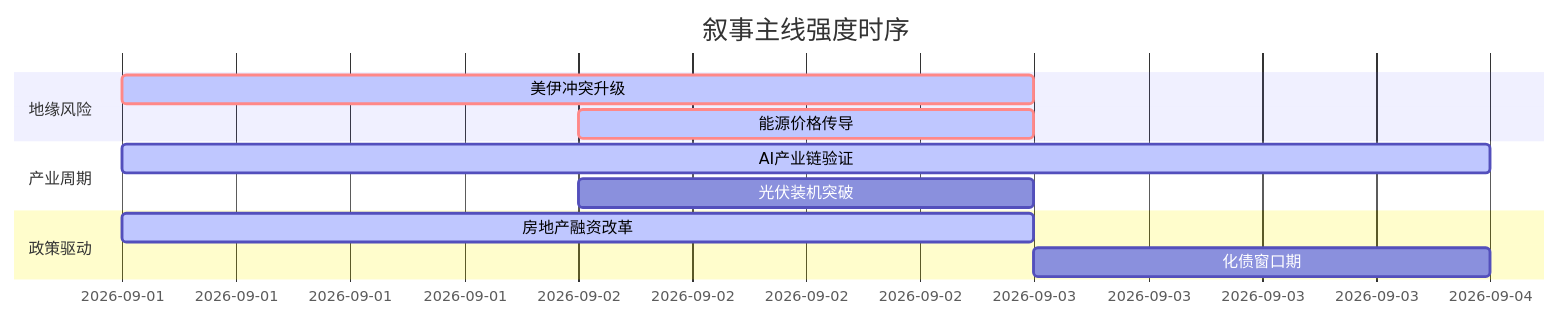
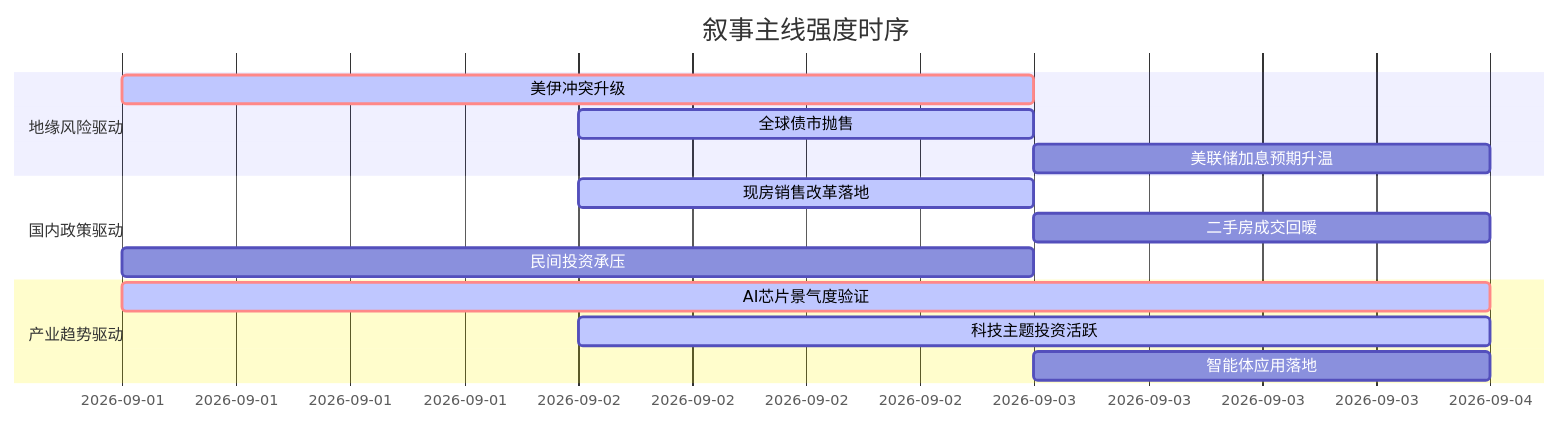
One commit to uu5zn/uu5zn.github.io changed the diagram in 5day_report.md. Above: the diagram before and after it, drawn with Mermaid. The commit also changed other lines of this file and 19 other files, not shown here.

````diff
--- a/5day_report.md
+++ b/5day_report.md
@@ -58,16 +58,19 @@
 ```mermaid
 gantt
     title 叙事主线强度时序
     dateFormat YYYY-MM-DD
-    section 地缘风险
-    美伊冲突升级   :crit, active, 2026-09-01, 2d
-    能源价格传导   :crit, active, 2026-09-02, 1d
+    section 地缘风险驱动
+    美伊冲突升级       :crit, active, 2026-09-01, 2d
+    全球债市抛售       :active, 2026-09-02, 1d
+    美联储加息预期升温 :2026-09-03, 1d
     
-    section 产业周期
-    AI产业链验证   :active, 2026-09-01, 3d
-    光伏装机突破   :2026-09-02, 1d
+    section 国内政策驱动
+    现房销售改革落地   :active, 2026-09-02, 1d
+    二手房成交回暖     :2026-09-03, 1d
+    民间投资承压       :2026-09-01, 2d
     
-    section 政策驱动
-    房地产融资改革   :active, 2026-09-01, 2d
-    化债窗口期      :2026-09-03, 1d
+    section 产业趋势驱动
+    AI芯片景气度验证   :crit, active, 2026-09-01, 3d
+    科技主题投资活跃   :active, 2026-09-02, 2d
+    智能体应用落地     :2026-09-03, 1d
 ```
````
